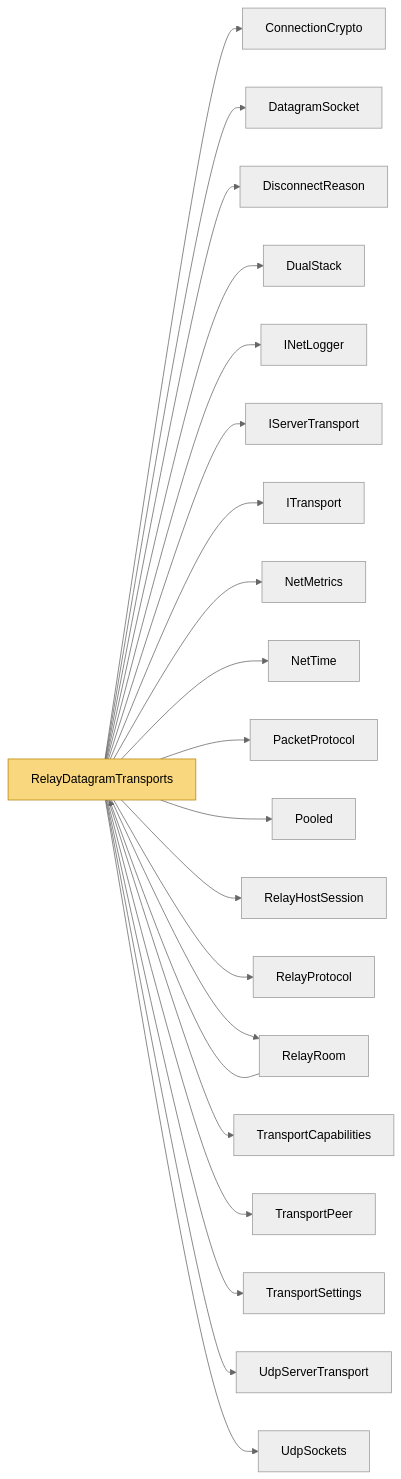
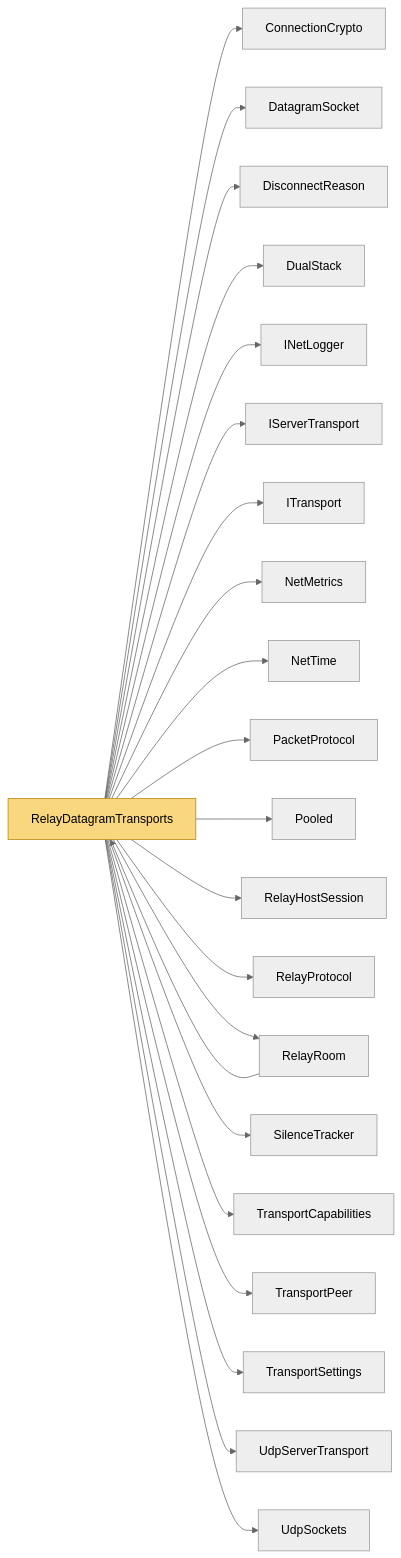
The diagram in docs/Code/Relay/RelayDatagramTransports.md (VladislavKresov/NetSync), drawn with Mermaid (neutral theme) before and after one commit. The commit also changed other lines of this file and 56 other files, not shown here.

Commit message:
Docs: limitations and roadmap after rc.6 work; regenerated code reference

````diff
--- a/docs/Code/Relay/RelayDatagramTransports.md
+++ b/docs/Code/Relay/RelayDatagramTransports.md
@@ -90,25 +90,26 @@
 ```mermaid
 flowchart LR
   m_RelayDatagramTransports["RelayDatagramTransports"]:::self
   m_RelayDatagramTransports --> m_ConnectionCrypto["ConnectionCrypto"]
   m_RelayDatagramTransports --> m_DatagramSocket["DatagramSocket"]
   m_RelayDatagramTransports --> m_DisconnectReason["DisconnectReason"]
   m_RelayDatagramTransports --> m_DualStack["DualStack"]
   m_RelayDatagramTransports --> m_INetLogger["INetLogger"]
   m_RelayDatagramTransports --> m_IServerTransport["IServerTransport"]
   m_RelayDatagramTransports --> m_ITransport["ITransport"]
   m_RelayDatagramTransports --> m_NetMetrics["NetMetrics"]
   m_RelayDatagramTransports --> m_NetTime["NetTime"]
   m_RelayDatagramTransports --> m_PacketProtocol["PacketProtocol"]
   m_RelayDatagramTransports --> m_Pooled["Pooled"]
   m_RelayDatagramTransports --> m_RelayHostSession["RelayHostSession"]
   m_RelayDatagramTransports --> m_RelayProtocol["RelayProtocol"]
   m_RelayDatagramTransports --> m_RelayRoom["RelayRoom"]
+  m_RelayDatagramTransports --> m_SilenceTracker["SilenceTracker"]
   m_RelayDatagramTransports --> m_TransportCapabilities["TransportCapabilities"]
   m_RelayDatagramTransports --> m_TransportPeer["TransportPeer"]
   m_RelayDatagramTransports --> m_TransportSettings["TransportSettings"]
   m_RelayDatagramTransports --> m_UdpServerTransport["UdpServerTransport"]
   m_RelayDatagramTransports --> m_UdpSockets["UdpSockets"]
   m_RelayRoom --> m_RelayDatagramTransports
   classDef self fill:#f9d77e,stroke:#b8860b,color:#000
 ```
````
